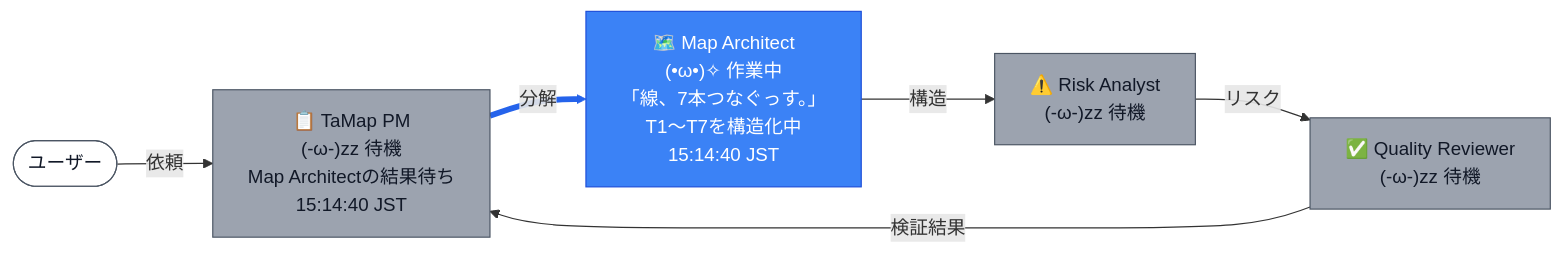
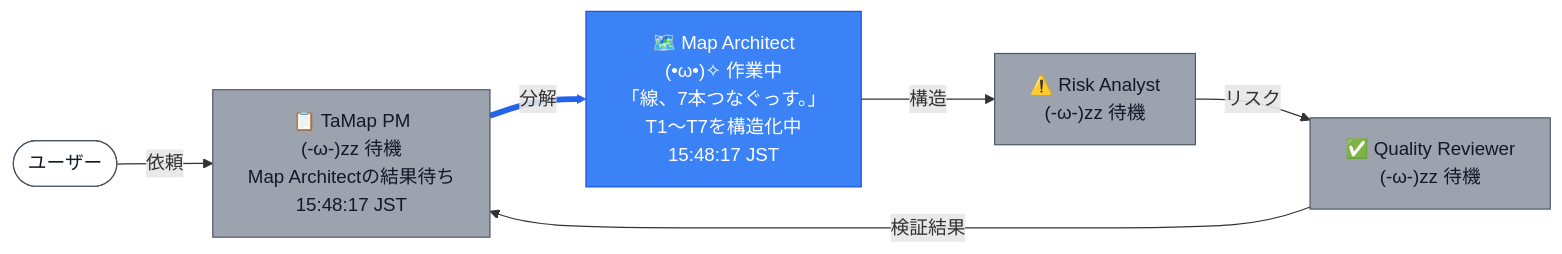
Before and after one commit to nekomario28/tamap: the sixth of 16 diagrams in docs/sample_output.md, drawn with Mermaid. The commit also changed other lines of this file and 8 other files, not shown here.

````diff
--- a/docs/sample_output.md
+++ b/docs/sample_output.md
@@ -188,22 +188,22 @@
 ```mermaid
 flowchart LR
   U(["ユーザー"])
-  PM["📋 TaMap PM<br>(-ω-)zz 待機<br>Map Architectの結果待ち<br>15:14:40 JST"]
-  MA["🗺️ Map Architect<br>(•ω•)✧ 作業中<br>「線、7本つなぐっす。」<br>T1〜T7を構造化中<br>15:14:40 JST"]
+  PM["📋 TaMap PM<br>(-ω-)zz 待機<br>Map Architectの結果待ち<br>15:48:17 JST"]
+  MA["🗺️ Map Architect<br>(•ω•)✧ 作業中<br>「線、7本つなぐっす。」<br>T1〜T7を構造化中<br>15:48:17 JST"]
   RA["⚠️ Risk Analyst<br>(-ω-)zz 待機"]
   QR["✅ Quality Reviewer<br>(-ω-)zz 待機"]
   U -- 依頼 --> PM
   PM -- 分解 --> MA
   MA -- 構造 --> RA
   RA -- リスク --> QR
   QR -- 検証結果 --> PM
   classDef idle fill:#9ca3af,stroke:#4b5563,color:#111827
   classDef working fill:#3b82f6,stroke:#1d4ed8,color:#ffffff
   classDef done fill:#22c55e,stroke:#15803d,color:#ffffff
   classDef error fill:#ef4444,stroke:#991b1b,color:#ffffff
   classDef user fill:#ffffff,stroke:#4b5563,color:#111827
   class U user
   class PM,RA,QR idle
   class MA working
   linkStyle 1 stroke:#2563eb,stroke-width:5px
 ```
````
